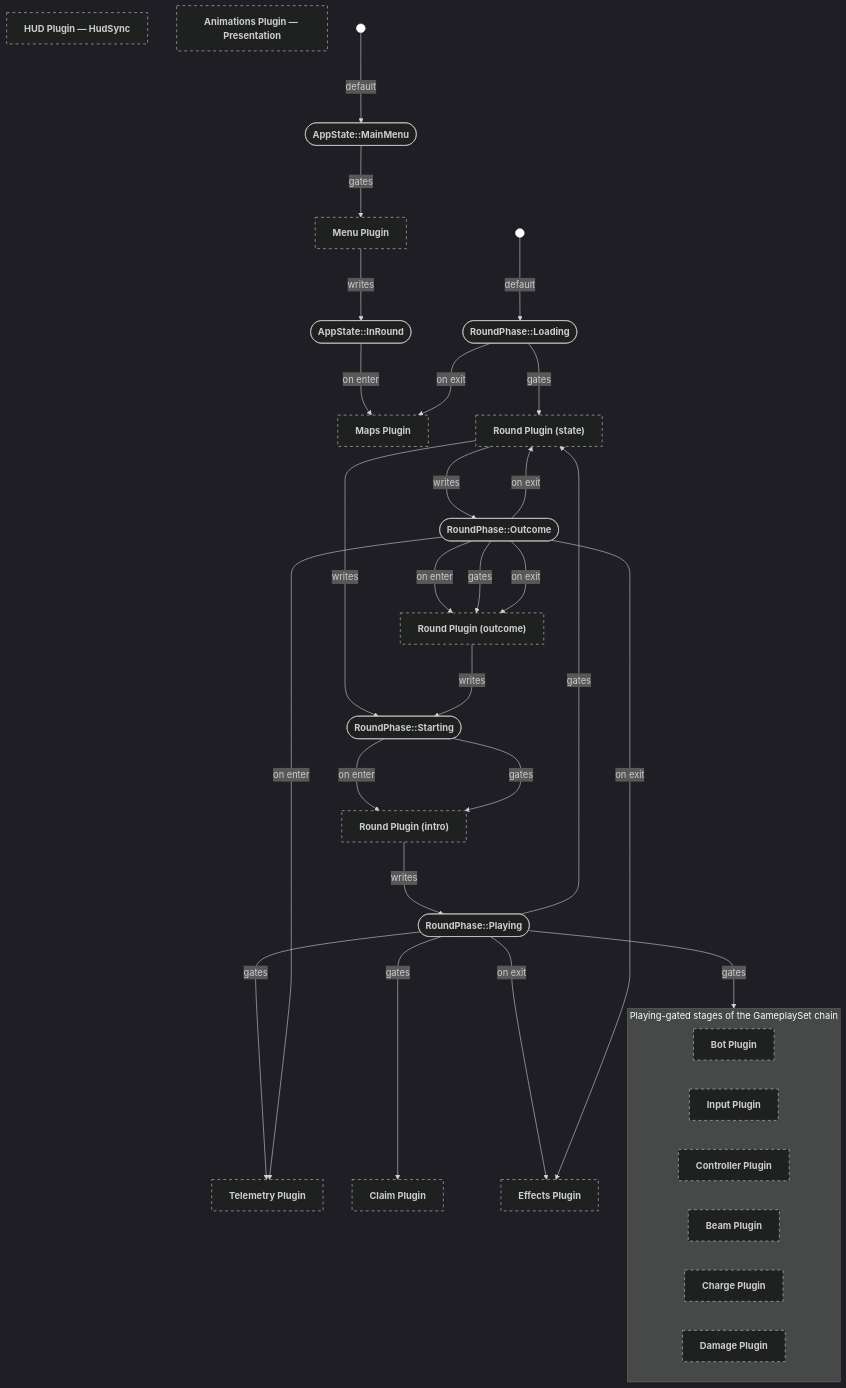
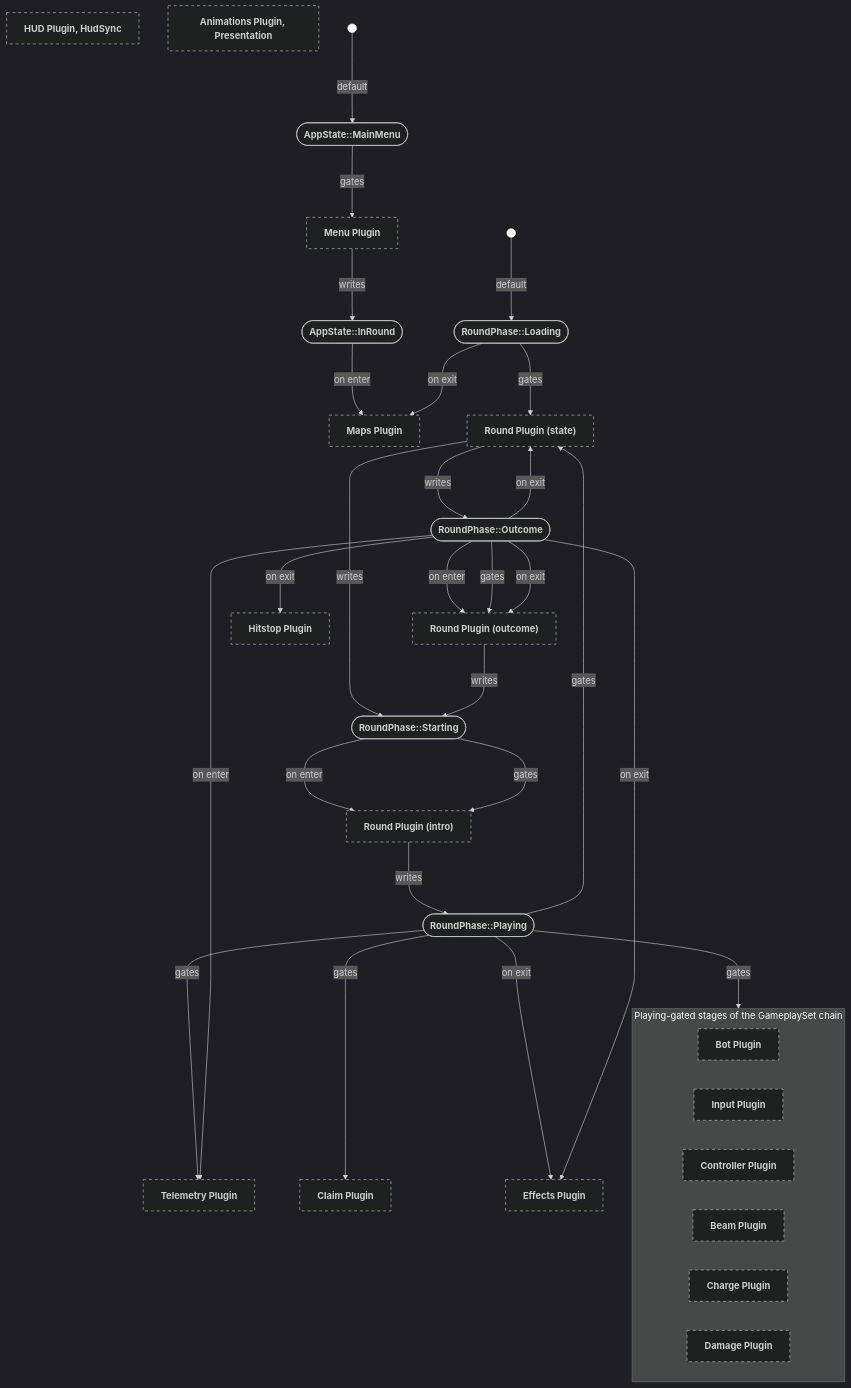
The second of 2 diagrams in backlog/docs/doc-24 - 000-Plugin-state-relationships.md (neurosoup/tyled), drawn with Mermaid before and after one commit. The commit also changed other lines of this file, not shown here.

Commit message:
Docs: update doc-24 plugin state relationships; add hitstop link

````diff
--- a/backlog/docs/doc-24 - 000-Plugin-state-relationships.md
+++ b/backlog/docs/doc-24 - 000-Plugin-state-relationships.md
@@ -100,77 +101,79 @@
 ```mermaid
 ---
 config:
   theme: dark
 ---
 
 flowchart TD
 classDef system-group stroke-dasharray: 5 5
 classDef default-marker fill:#fff,stroke:#fff
 
 menu_plugin["`**Menu Plugin**`"]:::system-group
 maps_plugin["`**Maps Plugin**`"]:::system-group
 round_state_plugin["`**Round Plugin (state)**`"]:::system-group
 round_intro_plugin["`**Round Plugin (intro)**`"]:::system-group
 round_outcome_plugin["`**Round Plugin (outcome)**`"]:::system-group
 bot_plugin["`**Bot Plugin**`"]:::system-group
 inputs_plugin["`**Input Plugin**`"]:::system-group
 controller_plugin["`**Controller Plugin**`"]:::system-group
 beam_plugin["`**Beam Plugin**`"]:::system-group
 charge_plugin["`**Charge Plugin**`"]:::system-group
 damage_plugin["`**Damage Plugin**`"]:::system-group
 telemetry_plugin["`**Telemetry Plugin**`"]:::system-group
 effects_plugin["`**Effects Plugin**`"]:::system-group
 claim_plugin["`**Claim Plugin**`"]:::system-group
-hud_plugin["`**HUD Plugin — HudSync**`"]:::system-group
-animations_plugin["`**Animations Plugin — Presentation**`"]:::system-group
+hud_plugin["`**HUD Plugin, HudSync**`"]:::system-group
+animations_plugin["`**Animations Plugin, Presentation**`"]:::system-group
+hitstop_plugin["`**Hitstop Plugin**`"]:::system-group
 
 app_main_menu(["`**AppState::MainMenu**`"])
 app_in_round(["`**AppState::InRound**`"])
 
 phase_loading(["`**RoundPhase::Loading**`"])
 phase_starting(["`**RoundPhase::Starting**`"])
 phase_playing(["`**RoundPhase::Playing**`"])
 phase_outcome(["`**RoundPhase::Outcome**`"])
 
 default_app((" ")):::default-marker
 default_round((" ")):::default-marker
 
 default_app ---> |default| app_main_menu
 default_round ---> |default| phase_loading
 
 app_main_menu ---> |gates| menu_plugin
 menu_plugin ---> |writes| app_in_round
 app_in_round ---> |on enter| maps_plugin
 
 phase_loading ---> |gates| round_state_plugin
 round_state_plugin ---> |writes| phase_starting
 phase_loading ---> |on exit| maps_plugin
 
 phase_starting ---> |on enter| round_intro_plugin
 phase_starting ---> |gates| round_intro_plugin
 round_intro_plugin ---> |writes| phase_playing
 
 subgraph pipeline ["Playing-gated stages of the GameplaySet chain"]
   bot_plugin
   inputs_plugin
   controller_plugin
   beam_plugin
   charge_plugin
   damage_plugin
 end
 
 phase_playing ---> |gates| pipeline
 phase_playing ---> |gates| round_state_plugin
 round_state_plugin ---> |writes| phase_outcome
 phase_playing ---> |gates| telemetry_plugin
 phase_playing ---> |gates| claim_plugin
 phase_playing ---> |on exit| effects_plugin
 
 phase_outcome ---> |on enter| round_outcome_plugin
 phase_outcome ---> |gates| round_outcome_plugin
 phase_outcome ---> |on enter| telemetry_plugin
 phase_outcome ---> |on exit| round_state_plugin
 phase_outcome ---> |on exit| round_outcome_plugin
 phase_outcome ---> |on exit| effects_plugin
+phase_outcome ---> |on exit| hitstop_plugin
 round_outcome_plugin ---> |writes| phase_starting
 ```
````
